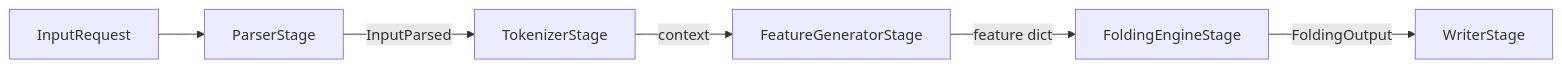
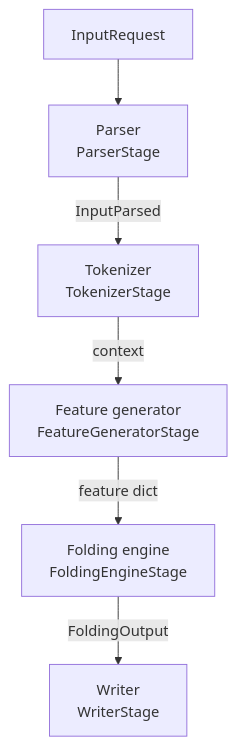
The diagram in docs/advanced/port-data-pipeline.md (NVIDIA-BioNeMo/BioNeMo-Inference-Runtime), drawn with Mermaid before and after one commit. The commit also changed 13 other files, not shown here.

````diff
--- a/docs/advanced/port-data-pipeline.md
+++ b/docs/advanced/port-data-pipeline.md
@@ -48,8 +48,8 @@
 ```mermaid
-flowchart LR
-    REQ[InputRequest] --> P[ParserStage]
-    P -->|InputParsed| T[TokenizerStage]
-    T -->|context| F[FeatureGeneratorStage]
-    F -->|feature dict| E[FoldingEngineStage]
-    E -->|FoldingOutput| W[WriterStage]
+flowchart TB
+    REQ["InputRequest"] --> P["Parser<br/>ParserStage"]
+    P -->|InputParsed| T["Tokenizer<br/>TokenizerStage"]
+    T -->|context| F["Feature generator<br/>FeatureGeneratorStage"]
+    F -->|feature dict| E["Folding engine<br/>FoldingEngineStage"]
+    E -->|FoldingOutput| W["Writer<br/>WriterStage"]
 ```
````
